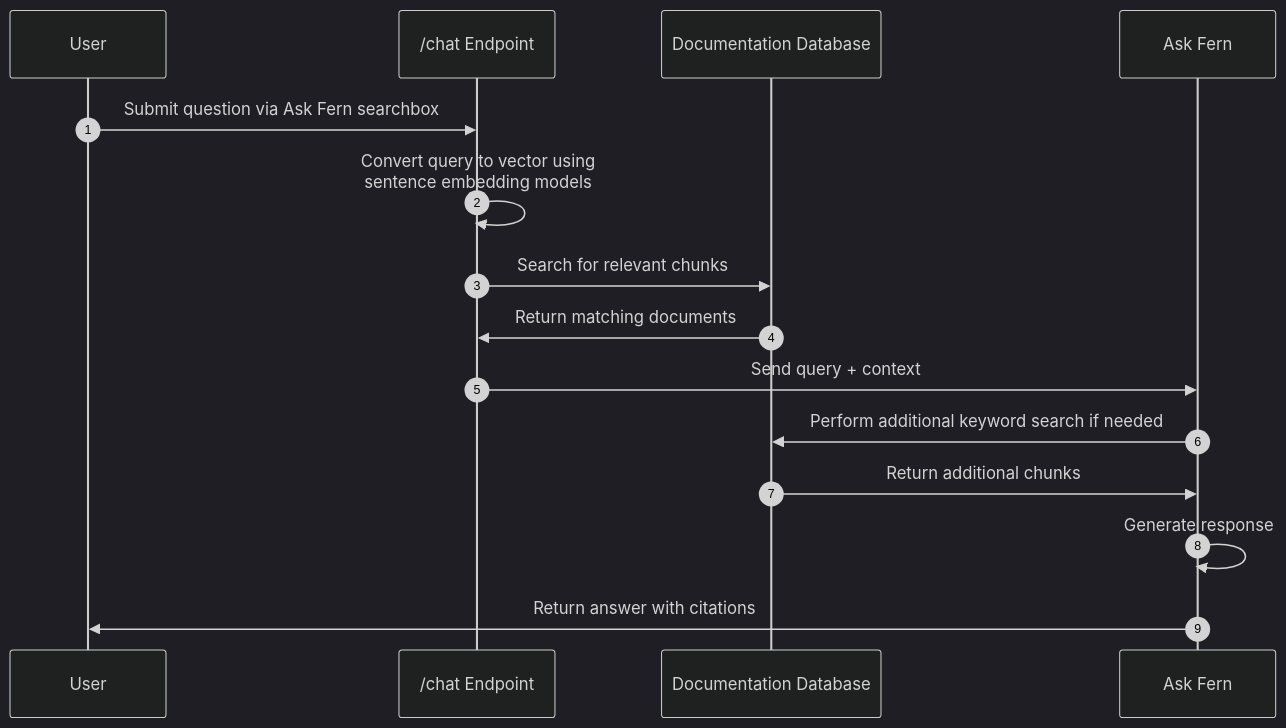
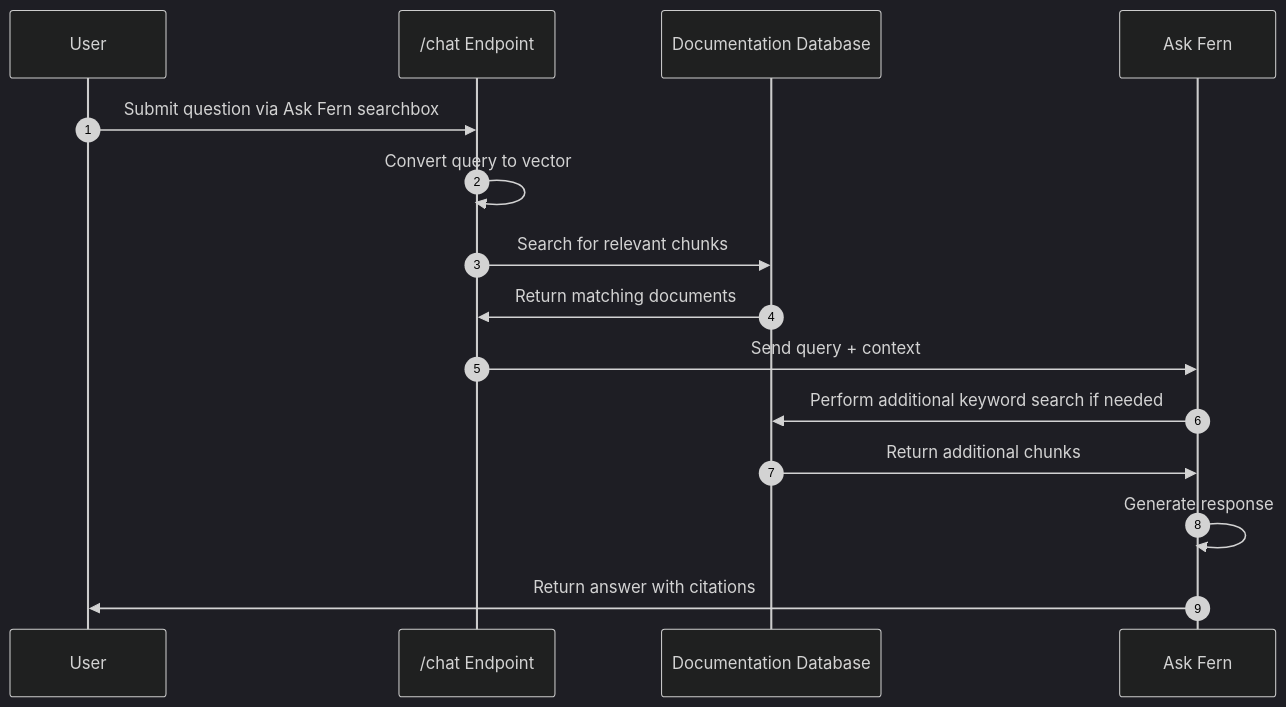
Before and after one commit to fern-api/docs: the diagram in fern/products/ask-fern/pages/getting-started/what-is-ask-fern.mdx, drawn with Mermaid (dark theme).

Commit message:
nit update

````diff
--- a/fern/products/ask-fern/pages/getting-started/what-is-ask-fern.mdx
+++ b/fern/products/ask-fern/pages/getting-started/what-is-ask-fern.mdx
@@ -79,18 +79,18 @@
 ```mermaid
 sequenceDiagram
   autonumber
     participant U as User
     participant C as /chat Endpoint
     participant V as Documentation Database
     participant A as Ask Fern
     
     U->>C: Submit question via Ask Fern searchbox
-    C->>C: Convert query to vector using<br/>sentence embedding models
+    C->>C: Convert query to vector
     C->>V: Search for relevant chunks
     V->>C: Return matching documents
     C->>A: Send query + context
     A->>V: Perform additional keyword search if needed
     V->>A: Return additional chunks
     A->>A: Generate response
     A->>U: Return answer with citations
 ```
````
